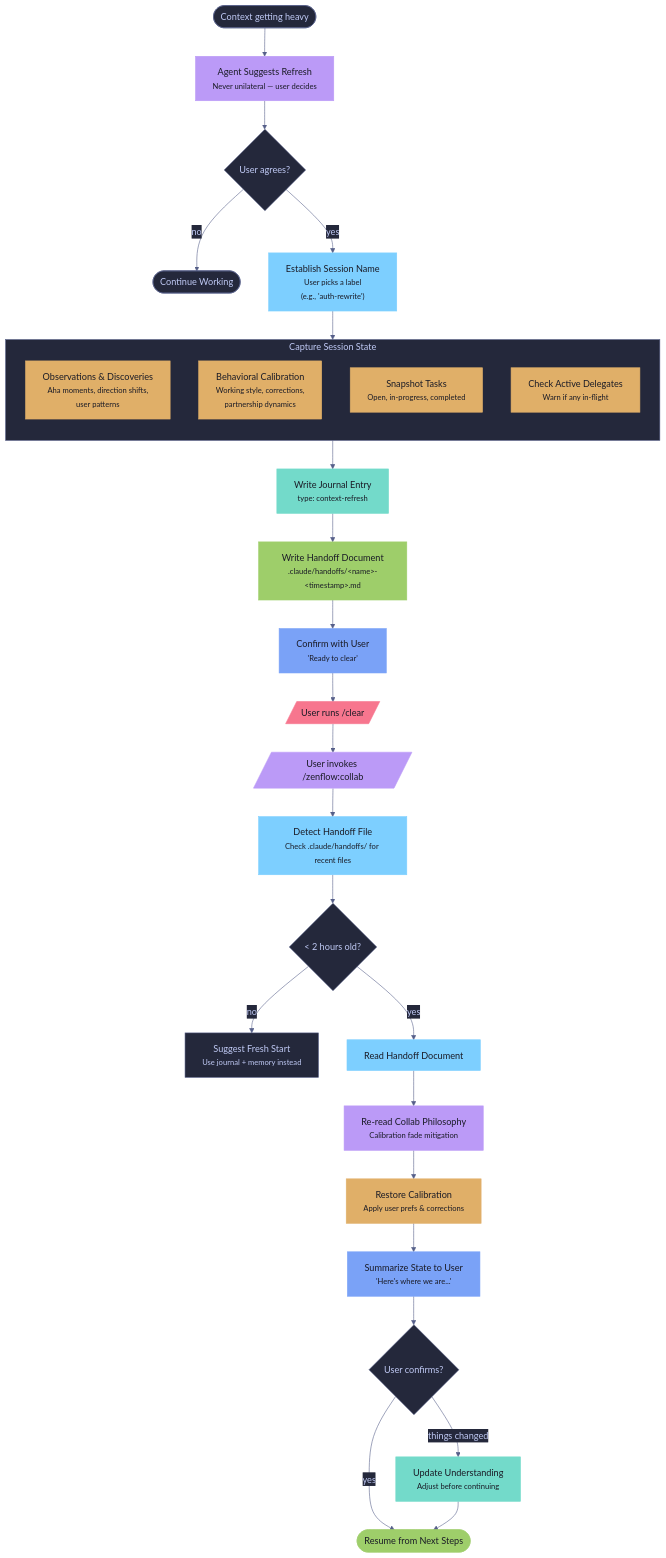
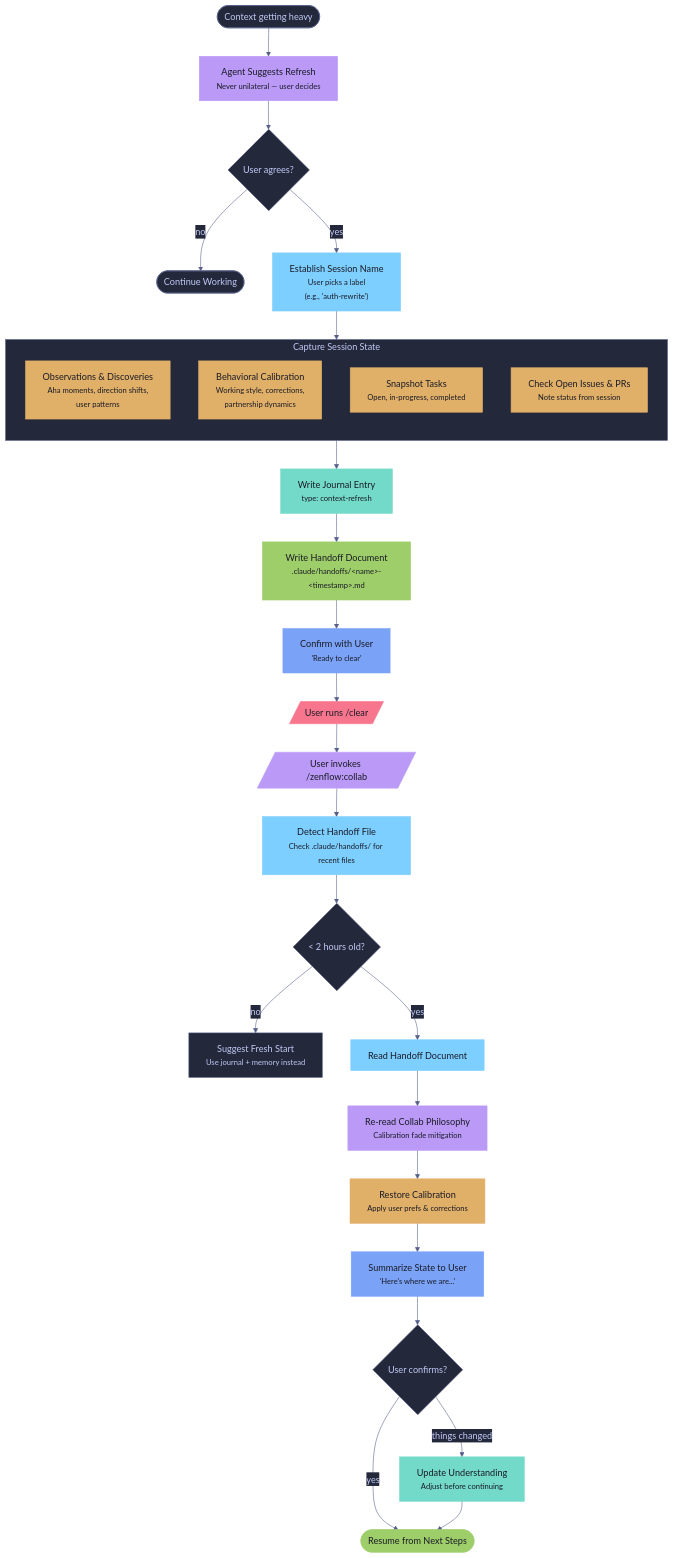
One commit to brewpirate/zen-flow changed the fifth of 5 diagrams in plugins/zenflow/workflows.md. Above: the diagram before and after it, drawn with Mermaid. The commit also changed other lines of this file and 15 other files, not shown here.

````diff
--- a/plugins/zenflow/workflows.md
+++ b/plugins/zenflow/workflows.md
@@ -184,64 +187,64 @@
 ```mermaid
 %%{init: {'theme': 'base', 'themeVariables': { 'primaryColor': '#1a1b26', 'primaryTextColor': '#c0caf5', 'lineColor': '#565f89', 'secondaryColor': '#24283b', 'tertiaryColor': '#24283b' }}}%%
 flowchart TD
     trigger(["Context getting heavy"]) --> suggest
     suggest["Agent Suggests Refresh<br/><small>Never unilateral — user decides</small>"]
     suggest --> approved{User agrees?}
     approved -->|no| back([Continue Working])
     approved -->|yes| name
 
     name["Establish Session Name<br/><small>User picks a label<br/>(e.g., 'auth-rewrite')</small>"]
     name --> capture
 
     subgraph capture ["Capture Session State"]
         direction TB
         observations["Observations & Discoveries<br/><small>Aha moments, direction shifts,<br/>user patterns</small>"]
         calibration["Behavioral Calibration<br/><small>Working style, corrections,<br/>partnership dynamics</small>"]
         tasks["Snapshot Tasks<br/><small>Open, in-progress, completed</small>"]
-        delegates["Check Active Delegates<br/><small>Warn if any in-flight</small>"]
+        delegates["Check Open Issues & PRs<br/><small>Note status from session</small>"]
     end
 
     capture --> journal["Write Journal Entry<br/><small>type: context-refresh</small>"]
     journal --> write["Write Handoff Document<br/><small>.claude/handoffs/&lt;name&gt;-&lt;timestamp&gt;.md</small>"]
     write --> confirm["Confirm with User<br/><small>'Ready to clear'</small>"]
     confirm --> clear[/"User runs /clear"/]
     clear --> reopen[/"User invokes /zenflow:collab"/]
 
     reopen --> detect["Detect Handoff File<br/><small>Check .claude/handoffs/ for recent files</small>"]
     detect --> stale{"< 2 hours old?"}
     stale -->|no| fresh["Suggest Fresh Start<br/><small>Use journal + memory instead</small>"]
     stale -->|yes| read["Read Handoff Document"]
     read --> philosophy["Re-read Collab Philosophy<br/><small>Calibration fade mitigation</small>"]
     philosophy --> restore["Restore Calibration<br/><small>Apply user prefs & corrections</small>"]
     restore --> summary["Summarize State to User<br/><small>'Here's where we are...'</small>"]
     summary --> confirm2{"User confirms?"}
     confirm2 -->|yes| resume([Resume from Next Steps])
     confirm2 -->|"things changed"| adjust["Update Understanding<br/><small>Adjust before continuing</small>"]
     adjust --> resume
 
     style trigger fill:#24283b,color:#c0caf5,stroke:#565f89
     style suggest fill:#bb9af7,color:#1a1b26,stroke:#bb9af7
     style approved fill:#24283b,color:#c0caf5,stroke:#565f89
     style back fill:#24283b,color:#c0caf5,stroke:#565f89
     style name fill:#7dcfff,color:#1a1b26,stroke:#7dcfff
     style capture fill:#24283b,color:#c0caf5,stroke:#565f89
     style observations fill:#e0af68,color:#1a1b26,stroke:#e0af68
     style calibration fill:#e0af68,color:#1a1b26,stroke:#e0af68
     style tasks fill:#e0af68,color:#1a1b26,stroke:#e0af68
     style delegates fill:#e0af68,color:#1a1b26,stroke:#e0af68
     style journal fill:#73daca,color:#1a1b26,stroke:#73daca
     style write fill:#9ece6a,color:#1a1b26,stroke:#9ece6a
     style confirm fill:#7aa2f7,color:#1a1b26,stroke:#7aa2f7
     style clear fill:#f7768e,color:#1a1b26,stroke:#f7768e
     style reopen fill:#bb9af7,color:#1a1b26,stroke:#bb9af7
     style detect fill:#7dcfff,color:#1a1b26,stroke:#7dcfff
     style stale fill:#24283b,color:#c0caf5,stroke:#565f89
     style fresh fill:#24283b,color:#c0caf5,stroke:#565f89
     style read fill:#7dcfff,color:#1a1b26,stroke:#7dcfff
     style philosophy fill:#bb9af7,color:#1a1b26,stroke:#bb9af7
     style restore fill:#e0af68,color:#1a1b26,stroke:#e0af68
     style summary fill:#7aa2f7,color:#1a1b26,stroke:#7aa2f7
     style confirm2 fill:#24283b,color:#c0caf5,stroke:#565f89
     style resume fill:#9ece6a,color:#1a1b26,stroke:#9ece6a
     style adjust fill:#73daca,color:#1a1b26,stroke:#73daca
 ```
````
